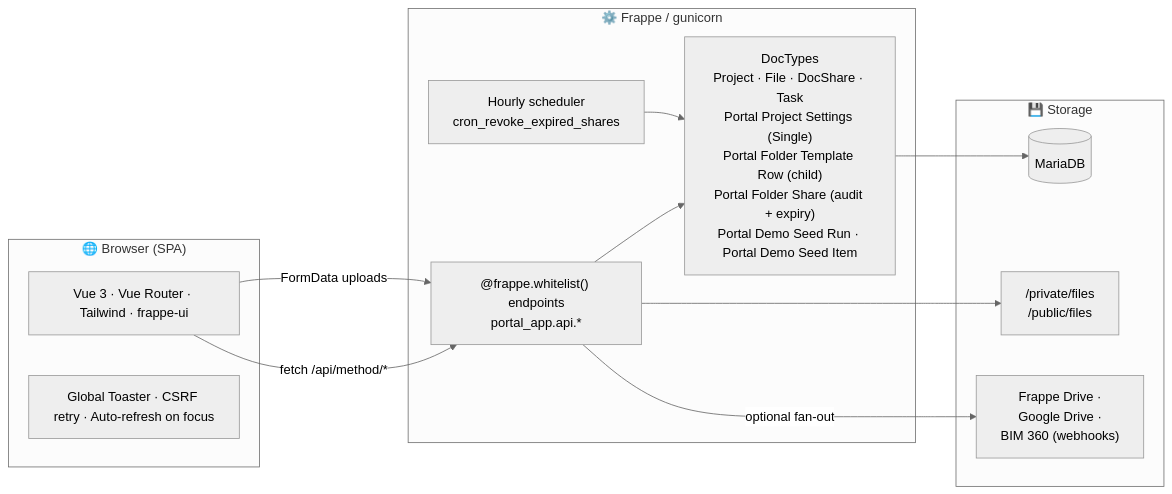
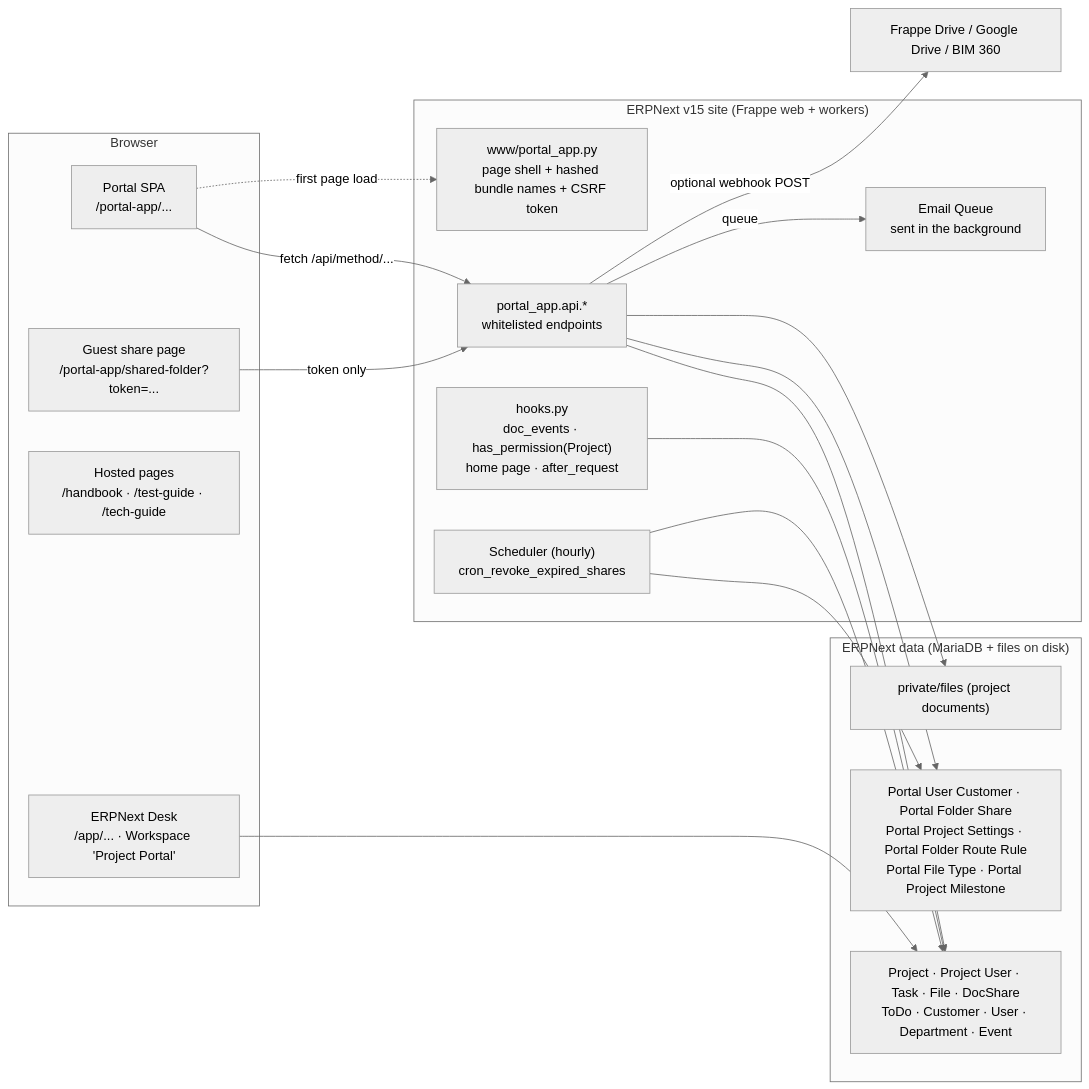
Before and after one commit to EnfonoTech/ATA-Custom: the diagram in DEVELOPER_GUIDE.md, drawn with Mermaid (neutral theme). The commit also changed other lines of this file and 30 other files, not shown here.

First line of the commit message:
docs: full knowledge-transfer user guide and technical guide

````diff
--- a/DEVELOPER_GUIDE.md
+++ b/DEVELOPER_GUIDE.md
@@ -13,27 +142,36 @@
 ```mermaid
 flowchart LR
-    subgraph Browser["🌐 Browser (SPA)"]
-        UI["Vue 3 · Vue Router · Tailwind · frappe-ui"]
-        Toast["Global Toaster · CSRF retry · Auto-refresh on focus"]
+    subgraph Browser
+        SPA["Portal SPA<br/>/portal-app/..."]
+        GuestPage["Guest share page<br/>/portal-app/shared-folder?token=..."]
+        Hosted["Hosted pages<br/>/handbook · /test-guide · /tech-guide"]
+        DeskUI["ERPNext Desk<br/>/app/... · Workspace 'Project Portal'"]
     end
 
-    subgraph Frappe["⚙️  Frappe / gunicorn"]
-        API["@frappe.whitelist() endpoints<br/>portal_app.api.*"]
-        DocTypes["DocTypes<br/>Project · File · DocShare · Task<br/>Portal Project Settings (Single)<br/>Portal Folder Template Row (child)<br/>Portal Folder Share (audit + expiry)<br/>Portal Demo Seed Run · Portal Demo Seed Item"]
-        Cron["Hourly scheduler<br/>cron_revoke_expired_shares"]
+    subgraph Site["ERPNext v15 site (Frappe web + workers)"]
+        Shell["www/portal_app.py<br/>page shell + hashed bundle names + CSRF token"]
+        API["portal_app.api.*<br/>whitelisted endpoints"]
+        Hooks["hooks.py<br/>doc_events · has_permission(Project)<br/>home page · after_request"]
+        Cron["Scheduler (hourly)<br/>cron_revoke_expired_shares"]
+        Mail["Email Queue<br/>sent in the background"]
     end
 
-    subgraph Storage["💾 Storage"]
-        DB[("MariaDB")]
-        FS["/private/files<br/>/public/files"]
-        Drive["Frappe Drive ·<br/>Google Drive ·<br/>BIM 360 (webhooks)"]
+    subgraph Data["ERPNext data (MariaDB + files on disk)"]
+        Core["Project · Project User · Task · File · DocShare<br/>ToDo · Customer · User · Department · Event"]
+        Own["Portal User Customer · Portal Folder Share<br/>Portal Project Settings · Portal Folder Route Rule<br/>Portal File Type · Portal Project Milestone"]
+        Disk["private/files (project documents)"]
     end
 
-    UI -- "fetch /api/method/*" --> API
-    UI -- "FormData uploads" --> API
-    API --> DocTypes
-    DocTypes --> DB
-    API --> FS
-    API -- "optional fan-out" --> Drive
-    Cron --> DocTypes
+    SPA -- "fetch /api/method/..." --> API
+    GuestPage -- "token only" --> API
+    SPA -. "first page load" .-> Shell
+    DeskUI --> Core
+    API --> Core
+    API --> Own
+    API --> Disk
+    API -- "queue" --> Mail
+    Hooks --> Core
+    Cron --> Own
+    Cron --> Core
+    API -- "optional webhook POST" --> Ext["Frappe Drive / Google Drive / BIM 360"]
 ```
````
